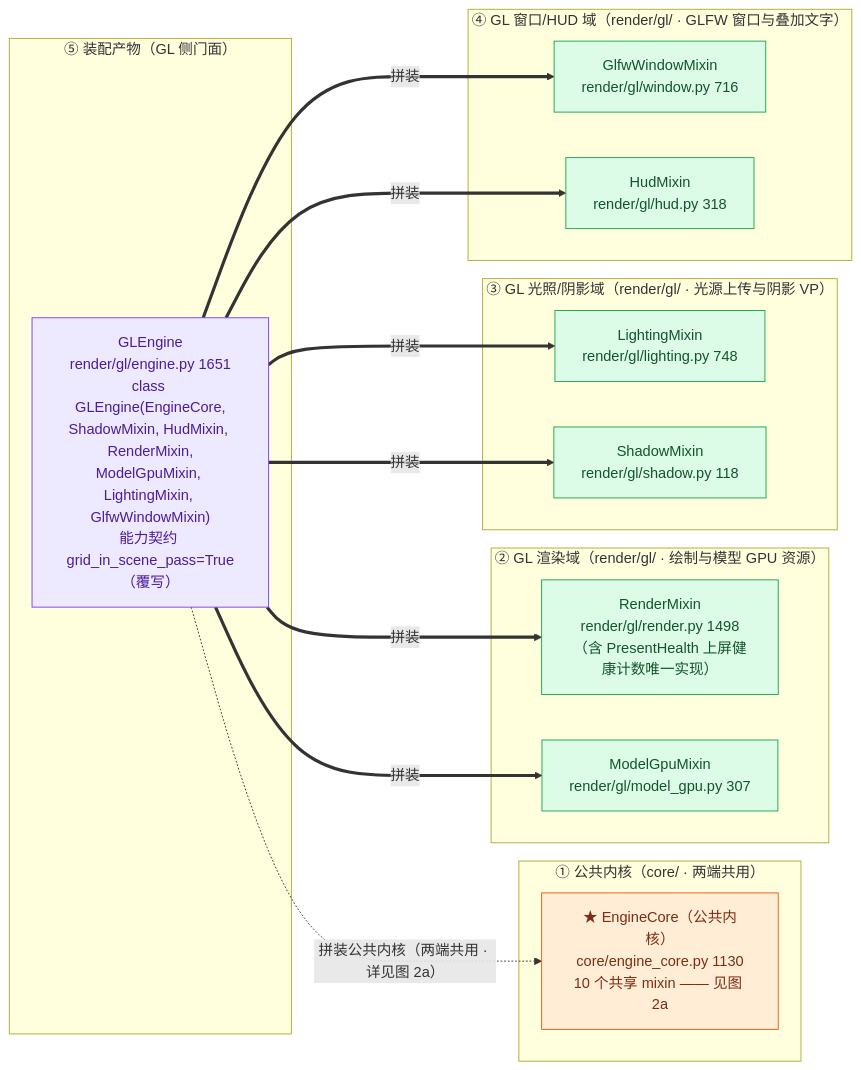
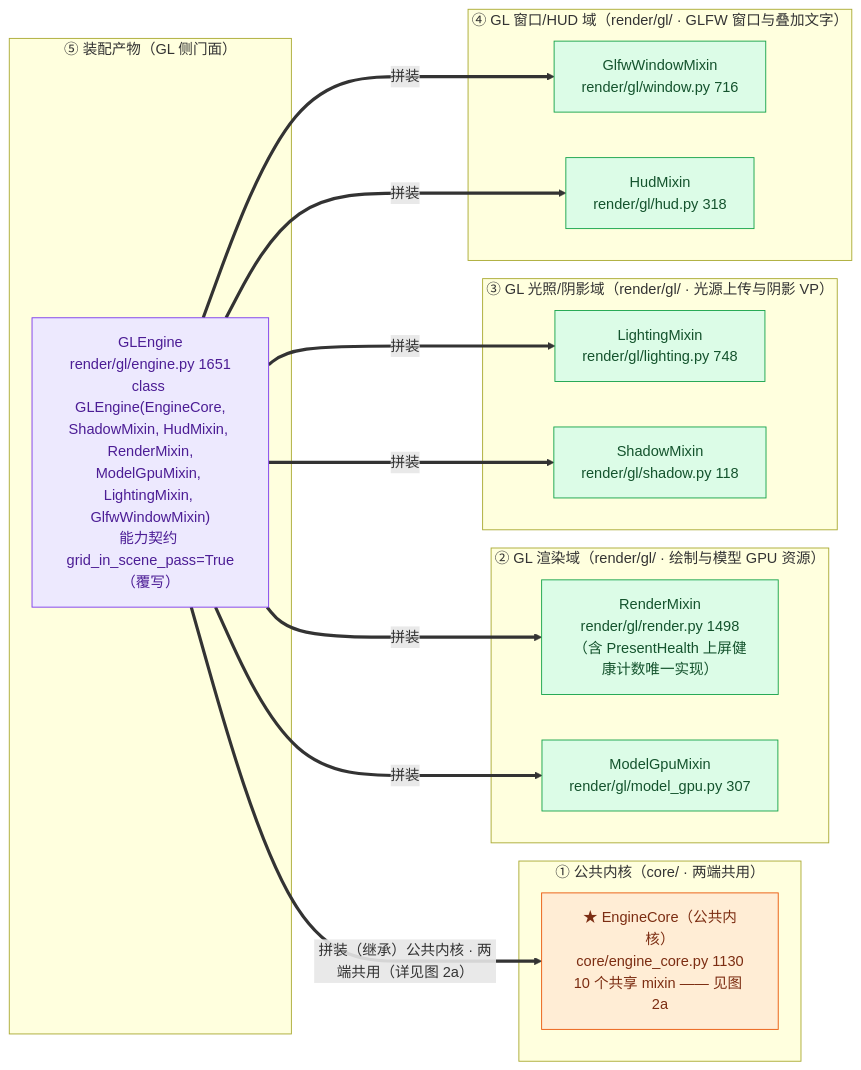
Before and after one commit to lhy302/WeaveEngine: the second of 23 diagrams in ARCHITECTURE.md, drawn with Mermaid. The commit also changed other lines of this file, not shown here.

Commit message:
docs: 失真审核 F-94 收口（图2 EngineCore 边线型与 2b 对齐 + 图13 collision 行 1039→1046/1053 + 头注 mermaid ≥10.3）

````diff
--- a/ARCHITECTURE.md
+++ b/ARCHITECTURE.md
@@ -243,31 +245,31 @@
 ```mermaid
 flowchart LR
   subgraph CORE["① 公共内核（core/ · 两端共用）"]
     K["★ EngineCore（公共内核）<br/>core/engine_core.py 1130<br/>10 个共享 mixin —— 见图 2a"]:::contract
   end
   subgraph RENDOM["② GL 渲染域（render/gl/ · 绘制与模型 GPU 资源）"]
     M3["RenderMixin<br/>render/gl/render.py 1498<br/>（含 PresentHealth 上屏健康计数唯一实现）"]:::impl
     M4["ModelGpuMixin<br/>render/gl/model_gpu.py 307"]:::impl
   end
   subgraph LIGHTDOM["③ GL 光照/阴影域（render/gl/ · 光源上传与阴影 VP）"]
     M5["LightingMixin<br/>render/gl/lighting.py 748"]:::impl
     M1["ShadowMixin<br/>render/gl/shadow.py 118"]:::impl
   end
   subgraph WINDOM["④ GL 窗口/HUD 域（render/gl/ · GLFW 窗口与叠加文字）"]
     M6["GlfwWindowMixin<br/>render/gl/window.py 716"]:::impl
     M2["HudMixin<br/>render/gl/hud.py 318"]:::impl
   end
   subgraph PROD["⑤ 装配产物（GL 侧门面）"]
     G["GLEngine<br/>render/gl/engine.py 1651<br/>class GLEngine(EngineCore,<br/>ShadowMixin, HudMixin, RenderMixin,<br/>ModelGpuMixin, LightingMixin, GlfwWindowMixin)<br/>能力契约 grid_in_scene_pass=True（覆写）"]:::facade
   end
-  G -.->|拼装公共内核（两端共用 · 详见图 2a）| K
+  G ==>|拼装（继承）公共内核 · 两端共用（详见图 2a）| K
   G ==>|拼装| M3
   G ==>|拼装| M4
   G ==>|拼装| M5
   G ==>|拼装| M1
   G ==>|拼装| M6
   G ==>|拼装| M2
   classDef facade fill:#ede9fe,stroke:#7c3aed,color:#4c1d95
   classDef impl fill:#dcfce7,stroke:#16a34a,color:#14532d
   classDef contract fill:#ffedd5,stroke:#ea580c,color:#7c2d12
 ```
````
